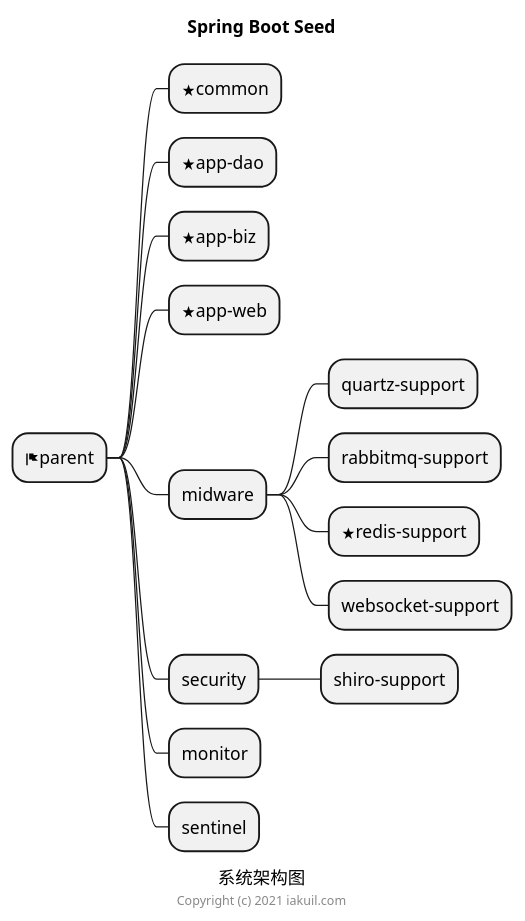
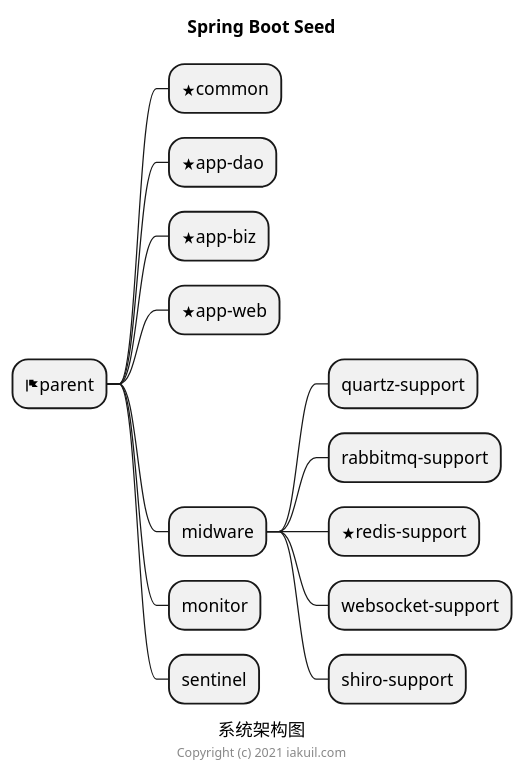
Before and after one commit to liukai237/spring-boot-seed: the diagram in structure.puml, drawn with PlantUML. The commit also changed 1 other file, not shown here.

Commit message:
docs: structure uml

```diff
--- a/structure.puml
+++ b/structure.puml
@@ -1,21 +1,20 @@
 @startmindmap
 caption 系统架构图
 title Spring Boot Seed
 
 * <&flag>parent
 ** <&star>common
 ** <&star>app-dao
 ** <&star>app-biz
 ** <&star>app-web
 ** midware
 *** quartz-support
 *** rabbitmq-support
 *** <&star>redis-support
 *** websocket-support
-** security
 *** shiro-support
 ** monitor
 ** sentinel
 
 center footer Copyright (c) 2021 iakuil.com
 @endmindmap
```
